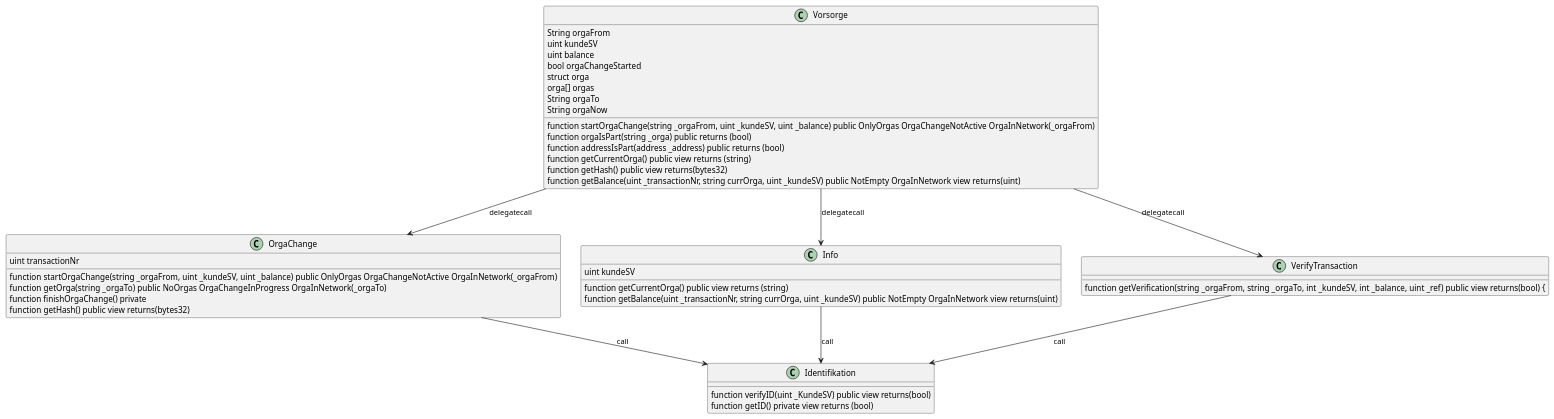
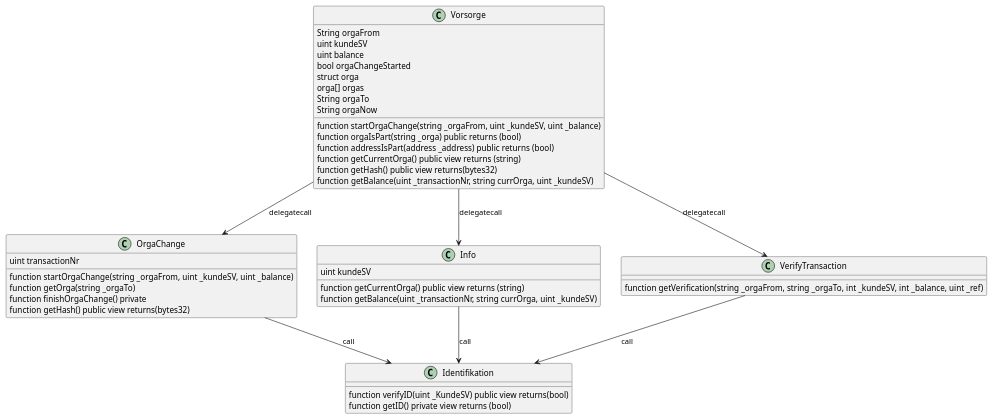
Before and after one commit to TK5-Tim/Unibas-BCC2019-VVS: the diagram in docs/VVS.puml, drawn with PlantUML. The commit also changed 2 other files, not shown here.

Commit message:
updated contract and class diagram

```diff
--- a/docs/VVS.puml
+++ b/docs/VVS.puml
@@ -1,54 +1,54 @@
 @startuml VVS_classes
 class Vorsorge {
     String orgaFrom
     uint kundeSV
     uint balance 
     bool orgaChangeStarted 
     struct orga 
     orga[] orgas
     String orgaTo
     String orgaNow
-    function startOrgaChange(string _orgaFrom, uint _kundeSV, uint _balance) public OnlyOrgas OrgaChangeNotActive OrgaInNetwork(_orgaFrom)
+    function startOrgaChange(string _orgaFrom, uint _kundeSV, uint _balance) 
     function orgaIsPart(string _orga) public returns (bool)
     function addressIsPart(address _address) public returns (bool) 
     function getCurrentOrga() public view returns (string) 
     function getHash() public view returns(bytes32)
-    function getBalance(uint _transactionNr, string currOrga, uint _kundeSV) public NotEmpty OrgaInNetwork view returns(uint)
+    function getBalance(uint _transactionNr, string currOrga, uint _kundeSV) 
 }
 class OrgaChange {
     uint transactionNr
     
 
-    function startOrgaChange(string _orgaFrom, uint _kundeSV, uint _balance) public OnlyOrgas OrgaChangeNotActive OrgaInNetwork(_orgaFrom)
-    function getOrga(string _orgaTo) public NoOrgas OrgaChangeInProgress OrgaInNetwork(_orgaTo) 
+    function startOrgaChange(string _orgaFrom, uint _kundeSV, uint _balance) 
+    function getOrga(string _orgaTo) 
     function finishOrgaChange() private
     function getHash() public view returns(bytes32)
 
 
 
 
 }
 class Info {
     uint kundeSV
     function getCurrentOrga() public view returns (string) 
-    function getBalance(uint _transactionNr, string currOrga, uint _kundeSV) public NotEmpty OrgaInNetwork view returns(uint)
+    function getBalance(uint _transactionNr, string currOrga, uint _kundeSV) 
 }
 class Identifikation {
     function verifyID(uint _KundeSV) public view returns(bool)
     function getID() private view returns (bool)
 
 }
 class VerifyTransaction {
 
-function getVerification(string _orgaFrom, string _orgaTo, int _kundeSV, int _balance, uint _ref) public view returns(bool) {
+function getVerification(string _orgaFrom, string _orgaTo, int _kundeSV, int _balance, uint _ref) 
 
 }
 
 Vorsorge --> OrgaChange : delegatecall
 Vorsorge --> Info : delegatecall
 Vorsorge --> VerifyTransaction : delegatecall 
 OrgaChange --> Identifikation : call
 Info --> Identifikation: call
 VerifyTransaction --> Identifikation: call
 
 @enduml
```
